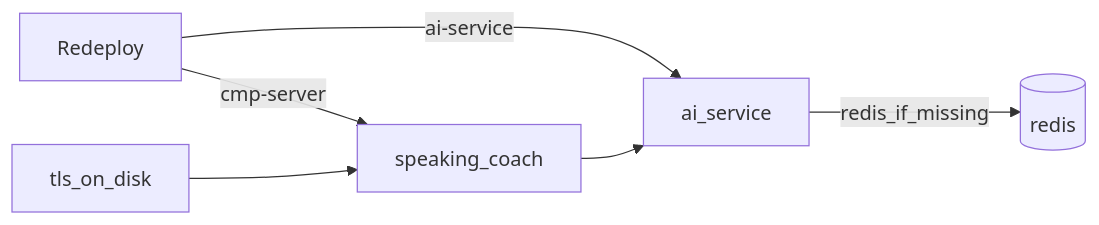
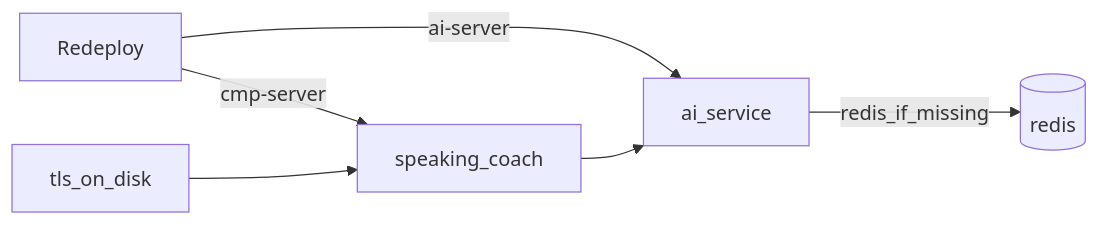
The diagram in ai_docs/deploy.md (greenblat17/1billion-dollar-startup), drawn with Mermaid before and after one commit. The commit also changed other lines of this file and 8 other files, not shown here.

Commit message:
Switch the DEV AI host family to ai-server in Redeploy, secrets, and docs.

````diff
--- a/ai_docs/deploy.md
+++ b/ai_docs/deploy.md
@@ -24,13 +24,13 @@
 ```mermaid
 flowchart LR
   redeploy[Redeploy]
   ktor[speaking_coach]
   ai[ai_service]
   redis[(redis)]
   tls[tls_on_disk]
   redeploy -->|cmp-server| ktor
-  redeploy -->|ai-service| ai
+  redeploy -->|ai-server| ai
   ai -->|redis_if_missing| redis
   ktor --> ai
   tls --> ktor
 ```
````
